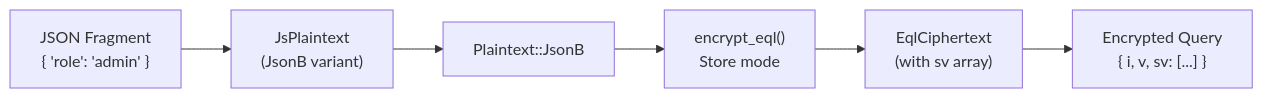
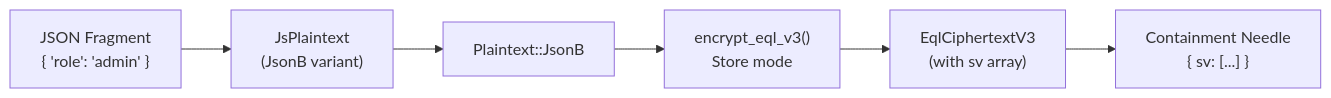
One commit to cipherstash/protectjs-ffi changed the fourth of 4 diagrams in docs/jsonb-integration.md. Above: the diagram before and after it, drawn with Mermaid. The commit also changed other lines of this file and 29 other files, not shown here.

````diff
--- a/docs/jsonb-integration.md
+++ b/docs/jsonb-integration.md
@@ -83,8 +83,8 @@
 ```mermaid
 flowchart LR
     IN["JSON Fragment<br/>{ 'role': 'admin' }"] --> JP["JsPlaintext<br/>(JsonB variant)"]
     JP --> PT["Plaintext::JsonB"]
-    PT --> EE["encrypt_eql()<br/>Store mode"]
-    EE --> EC["EqlCiphertext<br/>(with sv array)"]
-    EC --> OUT["Encrypted Query<br/>{ i, v, sv: [...] }"]
+    PT --> EE["encrypt_eql_v3()<br/>Store mode"]
+    EE --> EC["EqlCiphertextV3<br/>(with sv array)"]
+    EC --> OUT["Containment Needle<br/>{ sv: [...] }"]
 ```
````
